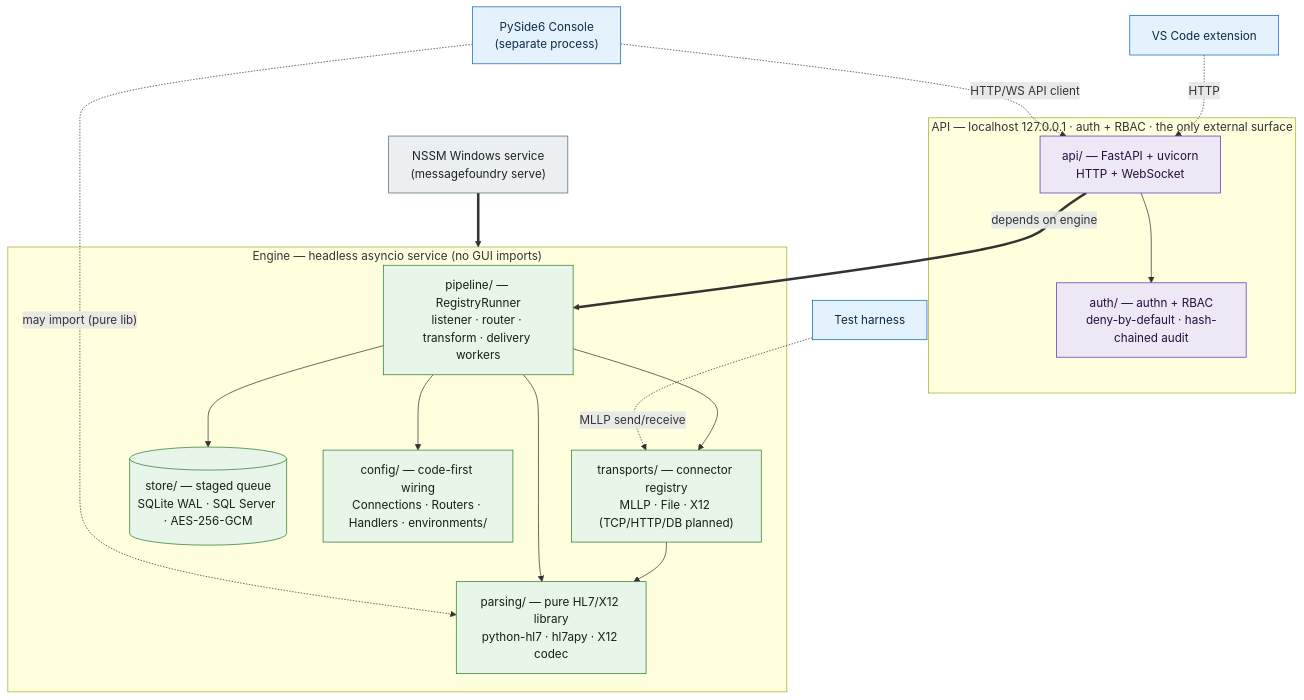
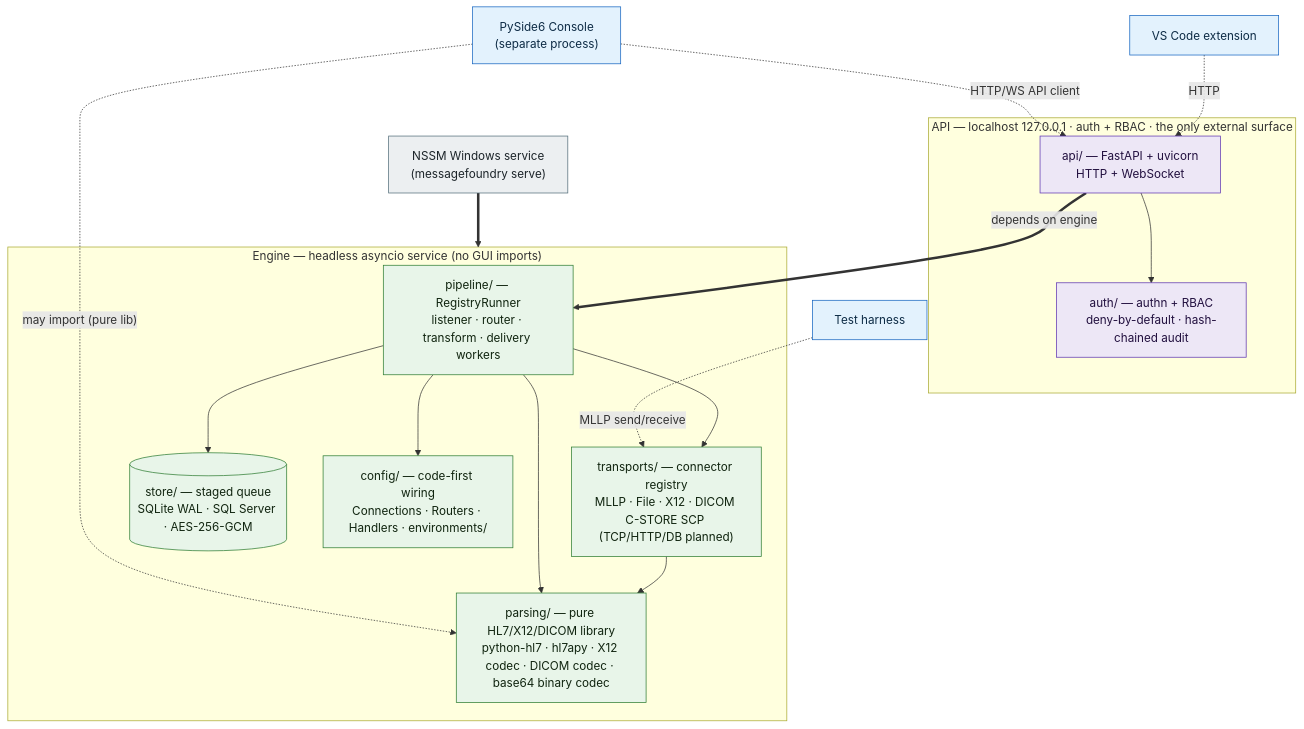
One commit to MEFORORG/MessageFoundry changed the first of 3 diagrams in docs/ARCHITECTURE.md. Above: the diagram before and after it, drawn with Mermaid. The commit also changed other lines of this file and 188 other files, not shown here.

````diff
--- a/docs/ARCHITECTURE.md
+++ b/docs/ARCHITECTURE.md
@@ -71,42 +71,42 @@
 ```mermaid
 flowchart TB
   classDef client fill:#e3f2fd,stroke:#1565c0,color:#0d2b45;
   classDef api fill:#ede7f6,stroke:#5e35b1,color:#22103f;
   classDef engine fill:#e8f5e9,stroke:#2e7d32,color:#10240f;
   classDef deploy fill:#eceff1,stroke:#546e7a,color:#1c2429;
 
   CON["PySide6 Console<br/>(separate process)"]:::client
   IDE["VS Code extension"]:::client
   HARNESS["Test harness"]:::client
 
   subgraph API_BND["API — localhost 127.0.0.1 · auth + RBAC · the only external surface"]
     API["api/ — FastAPI + uvicorn<br/>HTTP + WebSocket"]:::api
     AUTH["auth/ — authn + RBAC<br/>deny-by-default · hash-chained audit"]:::api
   end
 
   subgraph ENGINE["Engine — headless asyncio service (no GUI imports)"]
     PIPE["pipeline/ — RegistryRunner<br/>listener · router · transform · delivery workers"]:::engine
-    TRANS["transports/ — connector registry<br/>MLLP · File · X12 (TCP/HTTP/DB planned)"]:::engine
-    PARSE["parsing/ — pure HL7/X12 library<br/>python-hl7 · hl7apy · X12 codec"]:::engine
+    TRANS["transports/ — connector registry<br/>MLLP · File · X12 · DICOM C-STORE SCP (TCP/HTTP/DB planned)"]:::engine
+    PARSE["parsing/ — pure HL7/X12/DICOM library<br/>python-hl7 · hl7apy · X12 codec · DICOM codec · base64 binary codec"]:::engine
     STORE[("store/ — staged queue<br/>SQLite WAL · SQL Server · AES-256-GCM")]:::engine
     CFG["config/ — code-first wiring<br/>Connections · Routers · Handlers · environments/"]:::engine
   end
 
   NSSM["NSSM Windows service<br/>(messagefoundry serve)"]:::deploy
 
   CON -.->|"HTTP/WS API client"| API
   IDE -.->|"HTTP"| API
   HARNESS -.->|"MLLP send/receive"| TRANS
   CON -.->|"may import (pure lib)"| PARSE
 
   API --> AUTH
   API ==>|"depends on engine"| PIPE
 
   PIPE --> TRANS
   PIPE --> PARSE
   PIPE --> STORE
   PIPE --> CFG
   TRANS --> PARSE
 
   NSSM ==> ENGINE
 ```
````
